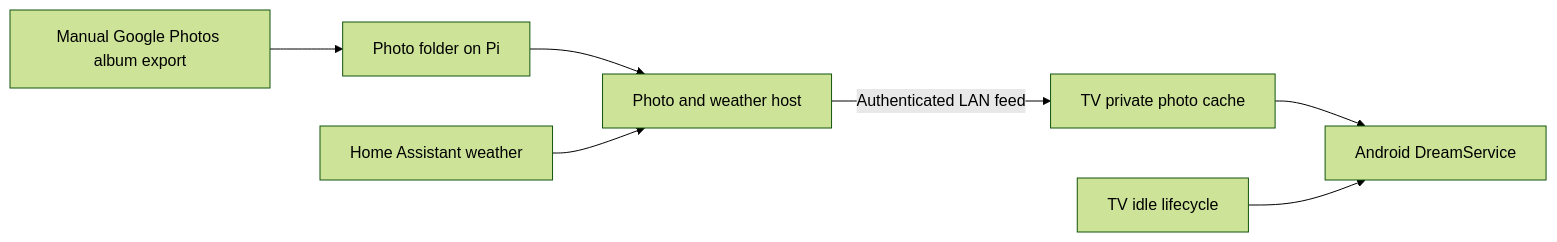
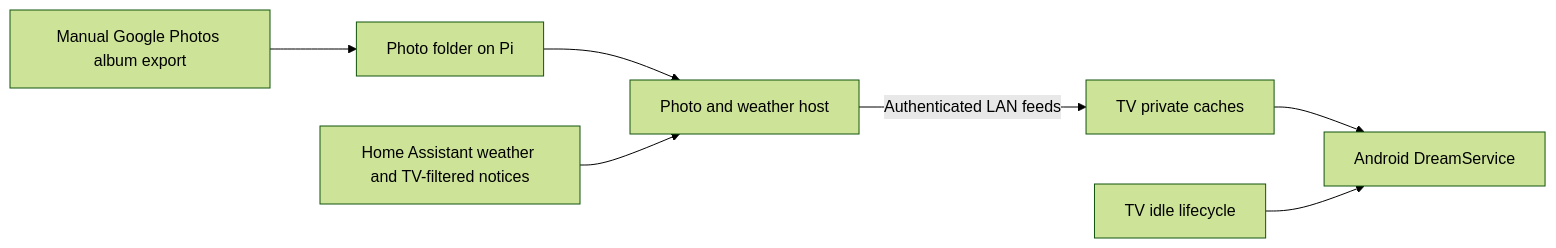
One commit to lachlanw-117/Bravia-Ambient-Display changed the diagram in README.md. Above: the diagram before and after it, drawn with Mermaid (forest theme). The commit also changed other lines of this file and 18 other files, not shown here.

````diff
--- a/README.md
+++ b/README.md
@@ -38,9 +43,9 @@
 ```mermaid
 flowchart LR
     Export[Manual Google Photos album export] --> Folder[Photo folder on Pi]
     Folder --> Host[Photo and weather host]
-    HA[Home Assistant weather] --> Host
-    Host -->|Authenticated LAN feed| Cache[TV private photo cache]
+    HA[Home Assistant weather and TV-filtered notices] --> Host
+    Host -->|Authenticated LAN feeds| Cache[TV private caches]
     Cache --> Dream[Android DreamService]
     OS[TV idle lifecycle] --> Dream
 ```
````
